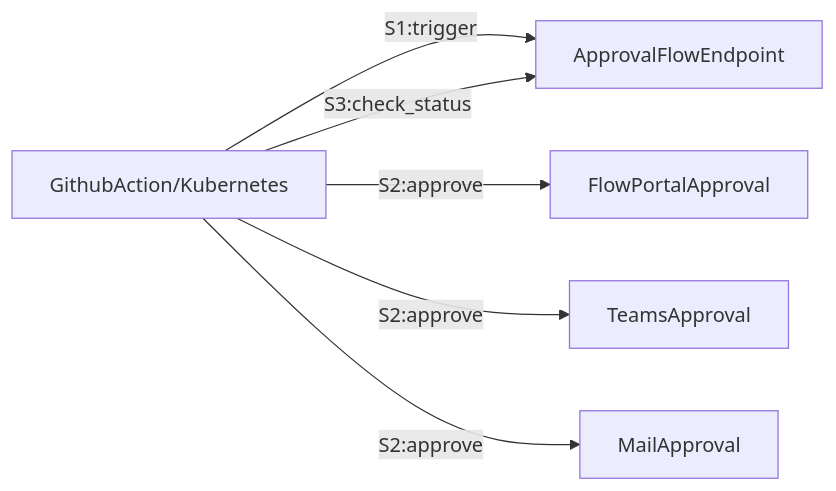
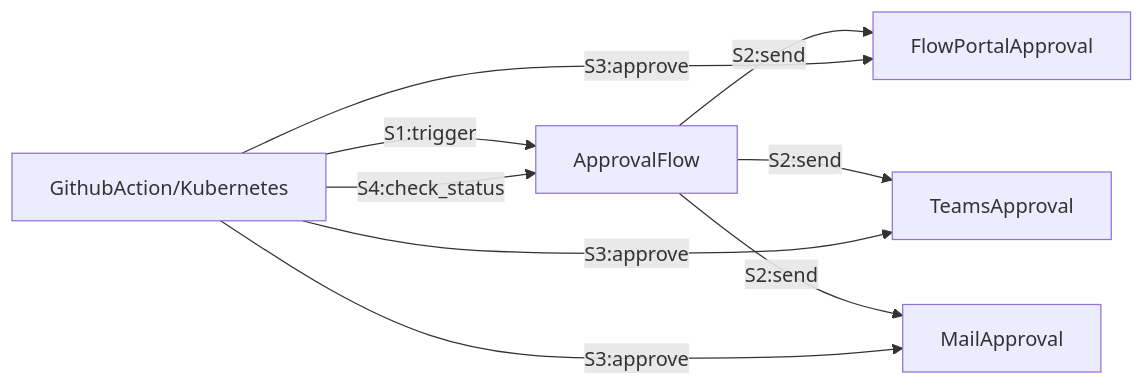
Before and after one commit to jianxu42/E2E-Approval-Flow: the diagram in README.md, drawn with Mermaid.

````diff
--- a/README.md
+++ b/README.md
@@ -7,8 +7,11 @@
 ```mermaid
 graph LR
-    Playwright[GithubAction/Kubernetes]--S1:trigger-->ApprovalFlowEndpoint;
-    Playwright[GithubAction/Kubernetes]--S2:approve-->FlowPortalApproval;
-    Playwright[GithubAction/Kubernetes]--S2:approve-->TeamsApproval;
-    Playwright[GithubAction/Kubernetes]--S2:approve-->MailApproval;
-    Playwright[GithubAction/Kubernetes]--S3:check_status-->ApprovalFlowEndpoint;
+    Playwright[GithubAction/Kubernetes]--S1:trigger-->ApprovalFlow;
+    ApprovalFlow--S2:send-->FlowPortalApproval;
+    ApprovalFlow--S2:send-->TeamsApproval;
+    ApprovalFlow--S2:send-->MailApproval;
+    Playwright[GithubAction/Kubernetes]--S3:approve-->FlowPortalApproval;
+    Playwright[GithubAction/Kubernetes]--S3:approve-->TeamsApproval;
+    Playwright[GithubAction/Kubernetes]--S3:approve-->MailApproval;
+    Playwright[GithubAction/Kubernetes]--S4:check_status-->ApprovalFlow;
 ```
````
